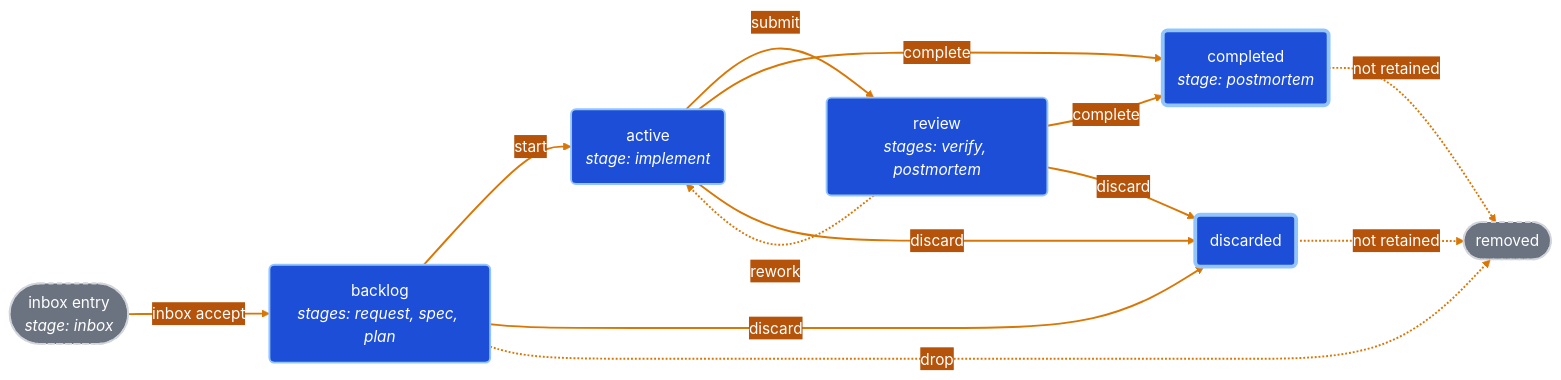
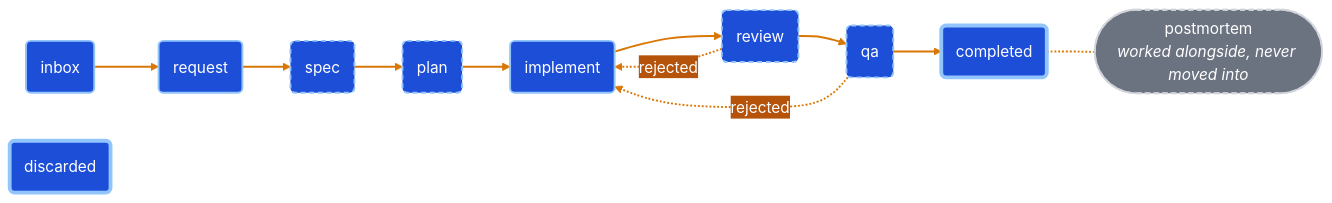
Before and after one commit to brocef/TCW: the diagram in README.md, drawn with Mermaid. The commit also changed other lines of this file and 3 other files, not shown here.

````diff
--- a/README.md
+++ b/README.md
@@ -440,29 +496,25 @@
 ```mermaid
 %%{init: {"themeVariables": {"edgeLabelBackground": "#b45309", "textColor": "#ffffff"}}}%%
 flowchart LR
-    inbox(["inbox entry<br/><i>stage: inbox</i>"]):::outside
-    backlog("backlog<br/><i>stages: request, spec, plan</i>"):::status
-    active("active<br/><i>stage: implement</i>"):::status
-    review("review<br/><i>stages: verify, postmortem</i>"):::status
-    completed("completed<br/><i>stage: postmortem</i>"):::terminal
+    inbox("inbox"):::stage
+    request("request"):::stage
+    spec("spec"):::optional
+    plan("plan"):::optional
+    implement("implement"):::stage
+    review("review"):::optional
+    qa("qa"):::optional
+    completed("completed"):::terminal
     discarded("discarded"):::terminal
-    removed(["removed"]):::outside
+    postmortem(["postmortem<br/><i>worked alongside, never moved into</i>"]):::side
 
-    inbox -->|inbox accept| backlog
-    backlog -->|start| active
-    active -->|submit| review
-    review -.->|rework| active
-    active -->|complete| completed
-    review -->|complete| completed
-    backlog -->|discard| discarded
-    active -->|discard| discarded
-    review -->|discard| discarded
-    backlog -.->|drop| removed
-    completed -.->|not retained| removed
-    discarded -.->|not retained| removed
+    inbox --> request --> spec --> plan --> implement --> review --> qa --> completed
+    review -.->|rejected| implement
+    qa -.->|rejected| implement
+    completed -.- postmortem
 
-    classDef status fill:#1d4ed8,stroke:#93c5fd,stroke-width:2px,color:#ffffff
+    classDef stage fill:#1d4ed8,stroke:#93c5fd,stroke-width:2px,color:#ffffff
+    classDef optional fill:#1d4ed8,stroke:#93c5fd,stroke-width:2px,stroke-dasharray:5 4,color:#ffffff
     classDef terminal fill:#1d4ed8,stroke:#93c5fd,stroke-width:4px,color:#ffffff
-    classDef outside fill:#6b7280,stroke:#d1d5db,stroke-width:2px,stroke-dasharray:5 4,color:#ffffff
+    classDef side fill:#6b7280,stroke:#d1d5db,stroke-width:2px,stroke-dasharray:5 4,color:#ffffff
     linkStyle default stroke:#d97706,stroke-width:2px
 ```
````
